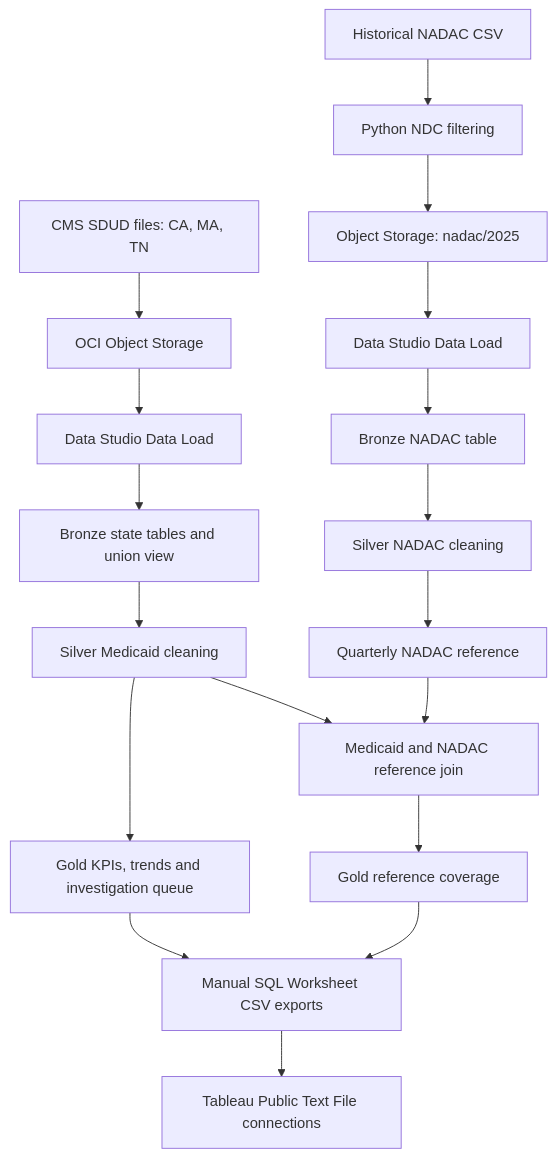
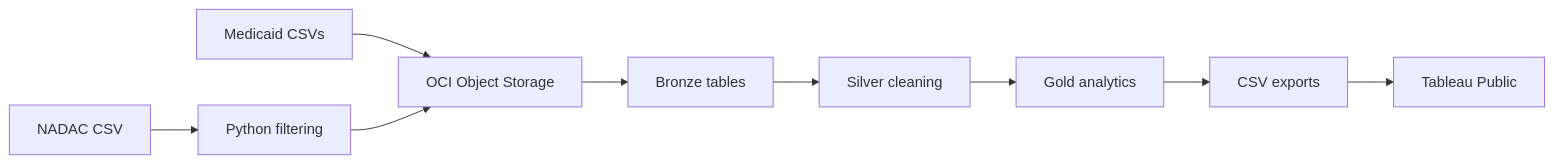
One commit to YashJagani27/rxclaim-sentinel changed the diagram in README.md. Above: the diagram before and after it, drawn with Mermaid. The commit also changed other lines of this file, not shown here.

````diff
--- a/README.md
+++ b/README.md
@@ -15,20 +22,11 @@
 ```mermaid
-flowchart TD
-    SDUD[CMS SDUD files: CA, MA, TN] --> STAGE[OCI Object Storage]
-    STAGE --> LOAD[Data Studio Data Load]
-    LOAD --> RAW[Bronze state tables and union view]
-    RAW --> CLEAN[Silver Medicaid cleaning]
-    NADAC[Historical NADAC CSV] --> FILTER[Python NDC filtering]
-    FILTER --> NSTAGE[Object Storage: nadac/2025]
-    NSTAGE --> NLOAD[Data Studio Data Load]
-    NLOAD --> RAWN[Bronze NADAC table]
-    RAWN --> CLEANN[Silver NADAC cleaning]
-    CLEANN --> REF[Quarterly NADAC reference]
-    CLEAN --> GOLD[Gold KPIs, trends and investigation queue]
-    CLEAN --> MATCH[Medicaid and NADAC reference join]
-    REF --> MATCH
-    MATCH --> COVERAGE[Gold reference coverage]
-    GOLD --> CSV[Manual SQL Worksheet CSV exports]
-    COVERAGE --> CSV
-    CSV --> TABLEAU[Tableau Public Text File connections]
+flowchart LR
+    M[Medicaid CSVs] --> O[OCI Object Storage]
+    N[NADAC CSV] --> P[Python filtering]
+    P --> O
+    O --> B[Bronze tables]
+    B --> S[Silver cleaning]
+    S --> G[Gold analytics]
+    G --> C[CSV exports]
+    C --> T[Tableau Public]
 ```
````
